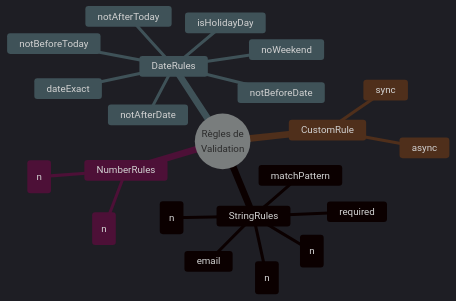
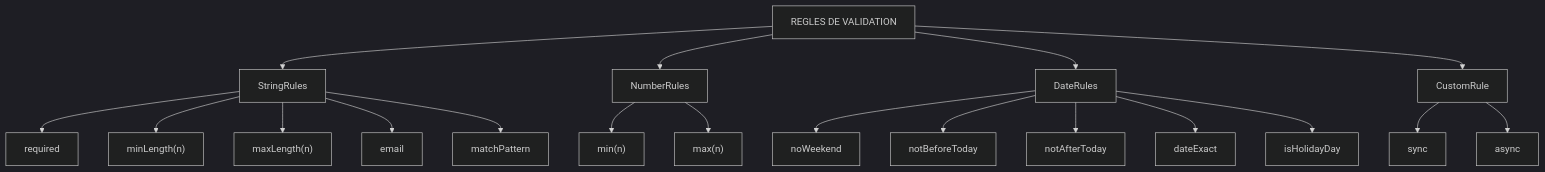
One commit to assurance-maladie-digital/design-system-v3 changed the seventh of 9 diagrams in VALIDATION_SYSTEM_GUIDE.md. Above: the diagram before and after it, drawn with Mermaid (dark theme). The commit also changed other lines of this file, not shown here.

Commit message:
VALIDATION_SYSTEM_GUIDE: simplify mermaid diagrams and improve readability

````diff
--- a/VALIDATION_SYSTEM_GUIDE.md
+++ b/VALIDATION_SYSTEM_GUIDE.md
@@ -223,25 +204,27 @@
 ```mermaid
-mindmap
-  root((Règles de<br/>Validation))
-    StringRules
-      required
-      minLength(n)
-      maxLength(n)
-      exactLength(n)
-      email
-      matchPattern
-    NumberRules
-      min(n)
-      max(n)
-    DateRules
-      noWeekend
-      notBeforeToday
-      notAfterToday
-      notBeforeDate
-      notAfterDate
-      dateExact
-      isHolidayDay
-    CustomRule
-      sync
-      async
+flowchart TD
+    Root["REGLES DE VALIDATION"]
+    
+    Root --> StringRules["StringRules"]
+    Root --> NumberRules["NumberRules"]
+    Root --> DateRules["DateRules"]
+    Root --> CustomRule["CustomRule"]
+    
+    StringRules --> R1["required"]
+    StringRules --> R2["minLength(n)"]
+    StringRules --> R3["maxLength(n)"]
+    StringRules --> R4["email"]
+    StringRules --> R5["matchPattern"]
+    
+    NumberRules --> N1["min(n)"]
+    NumberRules --> N2["max(n)"]
+    
+    DateRules --> D1["noWeekend"]
+    DateRules --> D2["notBeforeToday"]
+    DateRules --> D3["notAfterToday"]
+    DateRules --> D4["dateExact"]
+    DateRules --> D5["isHolidayDay"]
+    
+    CustomRule --> C1["sync"]
+    CustomRule --> C2["async"]
 ```
````
